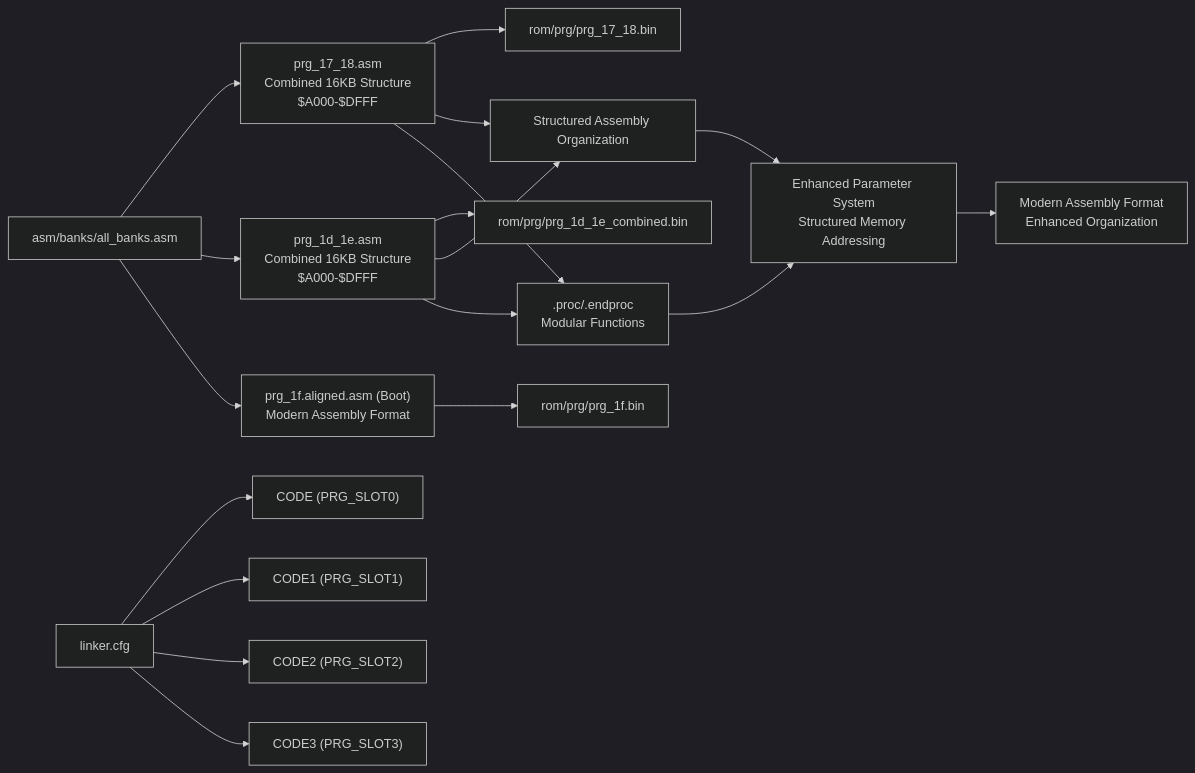
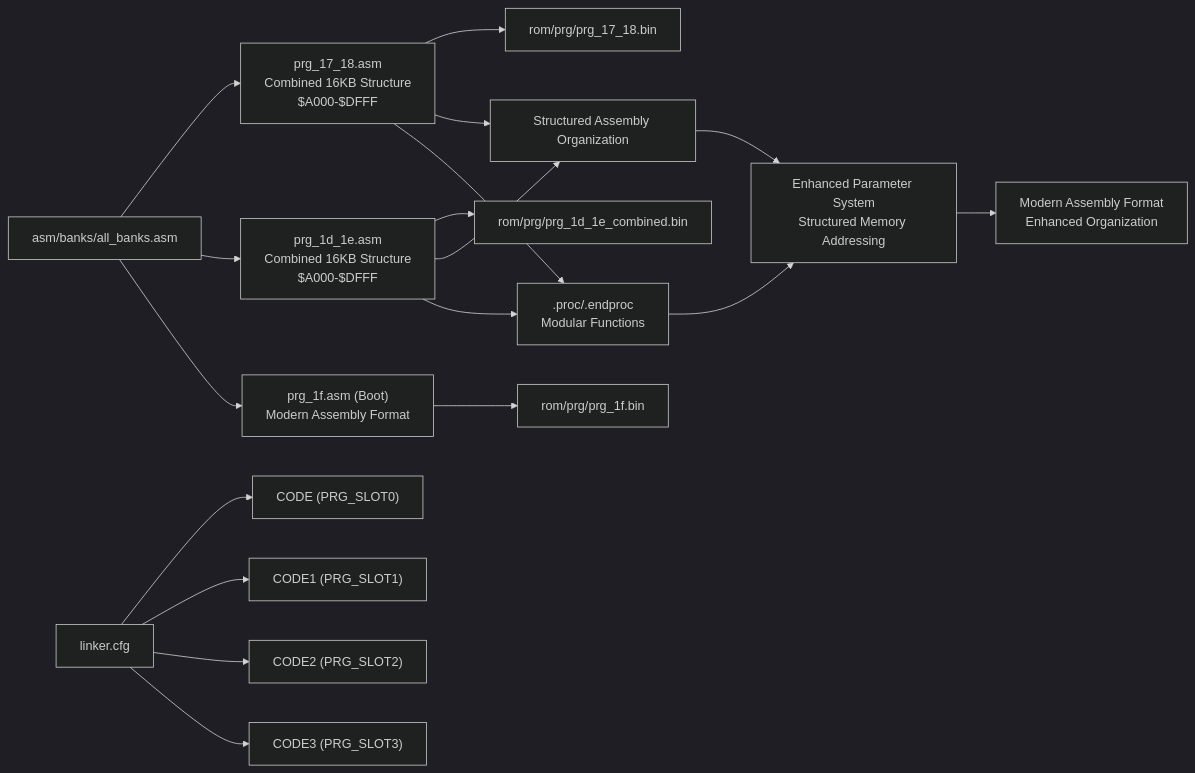
One commit to rabbyzero/sango2dasm changed diagram 11 of 14 in .qoder/repowiki/en/content/Assembly Architecture/Assembly Architecture.md. Above: the diagram before and after it, drawn with Mermaid (dark theme). The commit also changed other lines of this file and 31 other files, not shown here.

Commit message:
prg bank $0a $0b WIP. rename prg_1f.aligned.asm to prg_1f.asm.

````diff
--- a/.qoder/repowiki/en/content/Assembly Architecture/Assembly Architecture.md
+++ b/.qoder/repowiki/en/content/Assembly Architecture/Assembly Architecture.md
@@ -625,22 +625,22 @@
 ```mermaid
 graph LR
 ALLB["asm/banks/all_banks.asm"] --> COMBINED17_18["prg_17_18.asm<br/>Combined 16KB Structure<br/>$A000-$DFFF"]
 ALLB --> COMBINED1D_1E["prg_1d_1e.asm<br/>Combined 16KB Structure<br/>$A000-$DFFF"]
-ALLB --> ALIGNED["prg_1f.aligned.asm (Boot)<br/>Modern Assembly Format"]
+ALLB --> ALIGNED["prg_1f.asm (Boot)<br/>Modern Assembly Format"]
 LCFG["linker.cfg"] --> SEG0["CODE (PRG_SLOT0)"]
 LCFG --> SEG1["CODE1 (PRG_SLOT1)"]
 LCFG --> SEG2["CODE2 (PRG_SLOT2)"]
 LCFG --> SEG3["CODE3 (PRG_SLOT3)"]
 COMBINED17_18 --> BIN17_18["rom/prg/prg_17_18.bin"]
 COMBINED1D_1E --> BIN1D_1E["rom/prg/prg_1d_1e_combined.bin"]
 ALIGNED --> BIN1F["rom/prg/prg_1f.bin"]
 COMBINED17_18 --> STRUCT["Structured Assembly Organization"]
 COMBINED1D_1E --> STRUCT
 COMBINED17_18 --> PROC[".proc/.endproc<br/>Modular Functions"]
 COMBINED1D_1E --> PROC
 PARAMSYS["Enhanced Parameter System<br/>Structured Memory Addressing"]
 STRUCT --> PARAMSYS
 PROC --> PARAMSYS
 MODERN["Modern Assembly Format<br/>Enhanced Organization"]
 PARAMSYS --> MODERN
 ```
````
